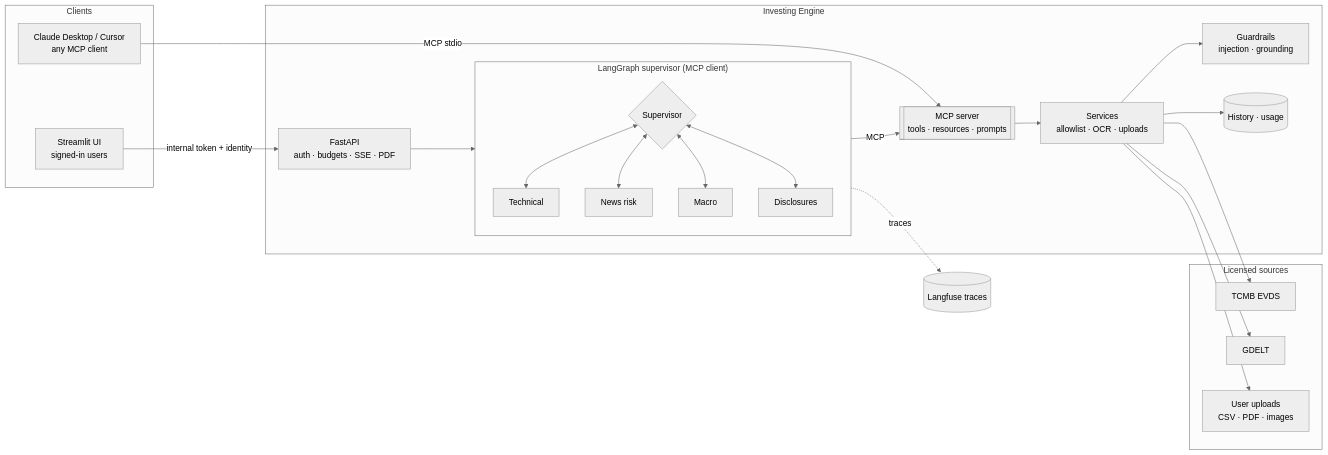
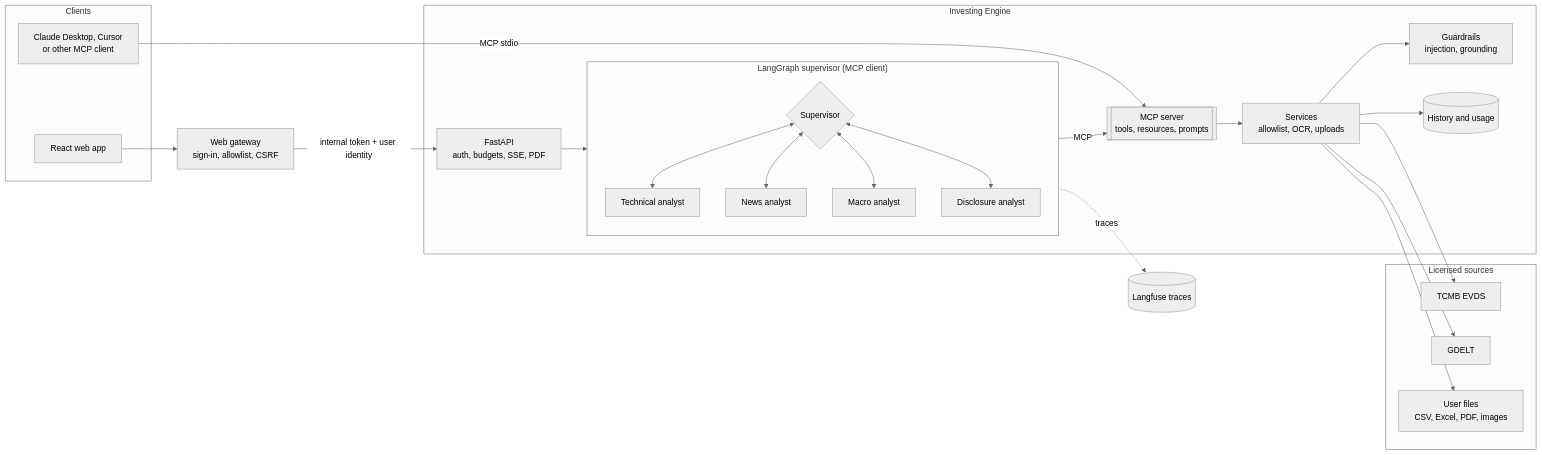
One commit to MuhammetAliVarlik/AgenticInvestingEngine changed the first of 18 diagrams in README.md. Above: the diagram before and after it, drawn with Mermaid (neutral theme). The commit also changed other lines of this file and 3 other files, not shown here.

First line of the commit message:
Rewrite the documentation in ASD-STE100 with Mermaid diagrams

````diff
--- a/README.md
+++ b/README.md
@@ -67,40 +73,43 @@
 ```mermaid
 flowchart LR
     subgraph Clients
-        UI[Streamlit UI<br/>signed-in users]
-        Ext[Claude Desktop / Cursor<br/>any MCP client]
+        WEB["React web app"]
+        EXT["Claude Desktop, Cursor<br/>or other MCP client"]
     end
 
+    GW["Web gateway<br/>sign-in, allowlist, CSRF"]
+
     subgraph Engine["Investing Engine"]
-        API[FastAPI<br/>auth · budgets · SSE · PDF]
+        API["FastAPI<br/>auth, budgets, SSE, PDF"]
         subgraph Agents["LangGraph supervisor (MCP client)"]
-            SUP{Supervisor}
-            TA[Technical]
-            NA[News risk]
-            MA[Macro]
-            DA[Disclosures]
+            SUP{"Supervisor"}
+            TA["Technical analyst"]
+            NA["News analyst"]
+            MA["Macro analyst"]
+            DA["Disclosure analyst"]
             SUP <--> TA & NA & MA & DA
         end
-        MCP[[MCP server<br/>tools · resources · prompts]]
-        GR[Guardrails<br/>injection · grounding]
-        SVC[Services<br/>allowlist · OCR · uploads]
-        HIST[(History · usage)]
+        MCP[["MCP server<br/>tools, resources, prompts"]]
+        GR["Guardrails<br/>injection, grounding"]
+        SVC["Services<br/>allowlist, OCR, uploads"]
+        HIST[("History and usage")]
     end
 
     subgraph Sources["Licensed sources"]
-        EVDS[TCMB EVDS]
-        GDELT[GDELT]
-        UP[User uploads<br/>CSV · PDF · images]
+        EVDS["TCMB EVDS"]
+        GDELT["GDELT"]
+        UP["User files<br/>CSV, Excel, PDF, images"]
     end
 
-    OBS[(Langfuse traces)]
+    OBS[("Langfuse traces")]
 
-    UI -->|internal token + identity| API
+    WEB --> GW
+    GW -->|"internal token + user identity"| API
     API --> Agents
     Agents -->|MCP| MCP
-    Ext -->|MCP stdio| MCP
+    EXT -->|"MCP stdio"| MCP
     MCP --> SVC --> GR
     SVC --> EVDS & GDELT & UP
     SVC --> HIST
     Agents -. traces .-> OBS
 ```
````
